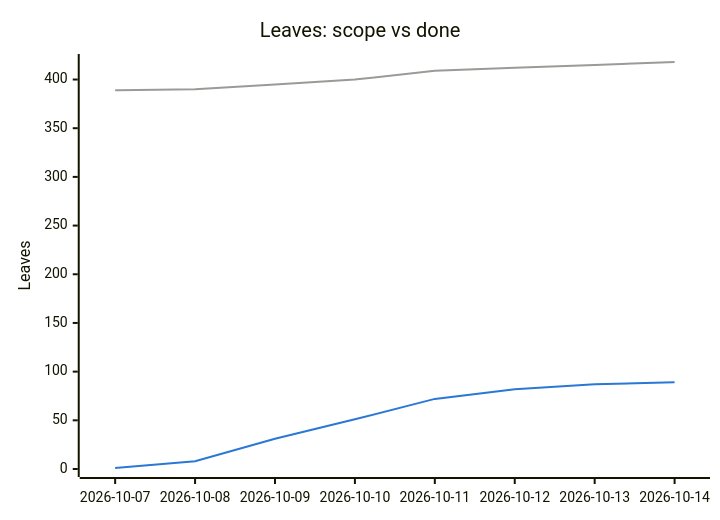
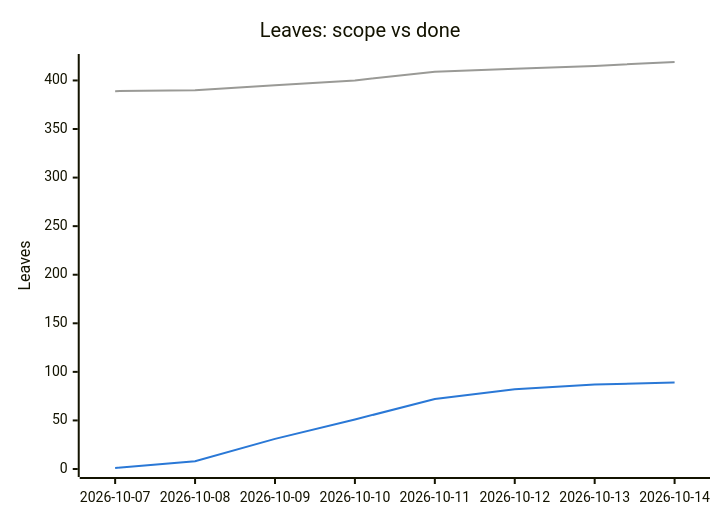
Before and after one commit to tomiok/persiaDB: the second of 2 diagrams in PROGRESS.md, drawn with Mermaid. The commit also changed other lines of this file and 10 other files, not shown here.

````diff
--- a/PROGRESS.md
+++ b/PROGRESS.md
@@ -110,14 +110,14 @@
 ```mermaid
 ---
 config:
   themeVariables:
     xyChart:
       plotColorPalette: "#9a9a96, #2a78d6"
 ---
 xychart-beta
   title "Leaves: scope vs done"
   x-axis ["2026-10-07", "2026-10-08", "2026-10-09", "2026-10-10", "2026-10-11", "2026-10-12", "2026-10-13", "2026-10-14"]
-  y-axis "Leaves" 0 --> 418
-  line [389, 390, 395, 400, 409, 412, 415, 418]
+  y-axis "Leaves" 0 --> 419
+  line [389, 390, 395, 400, 409, 412, 415, 419]
   line [1, 8, 31, 51, 72, 82, 87, 89]
 ```
````
